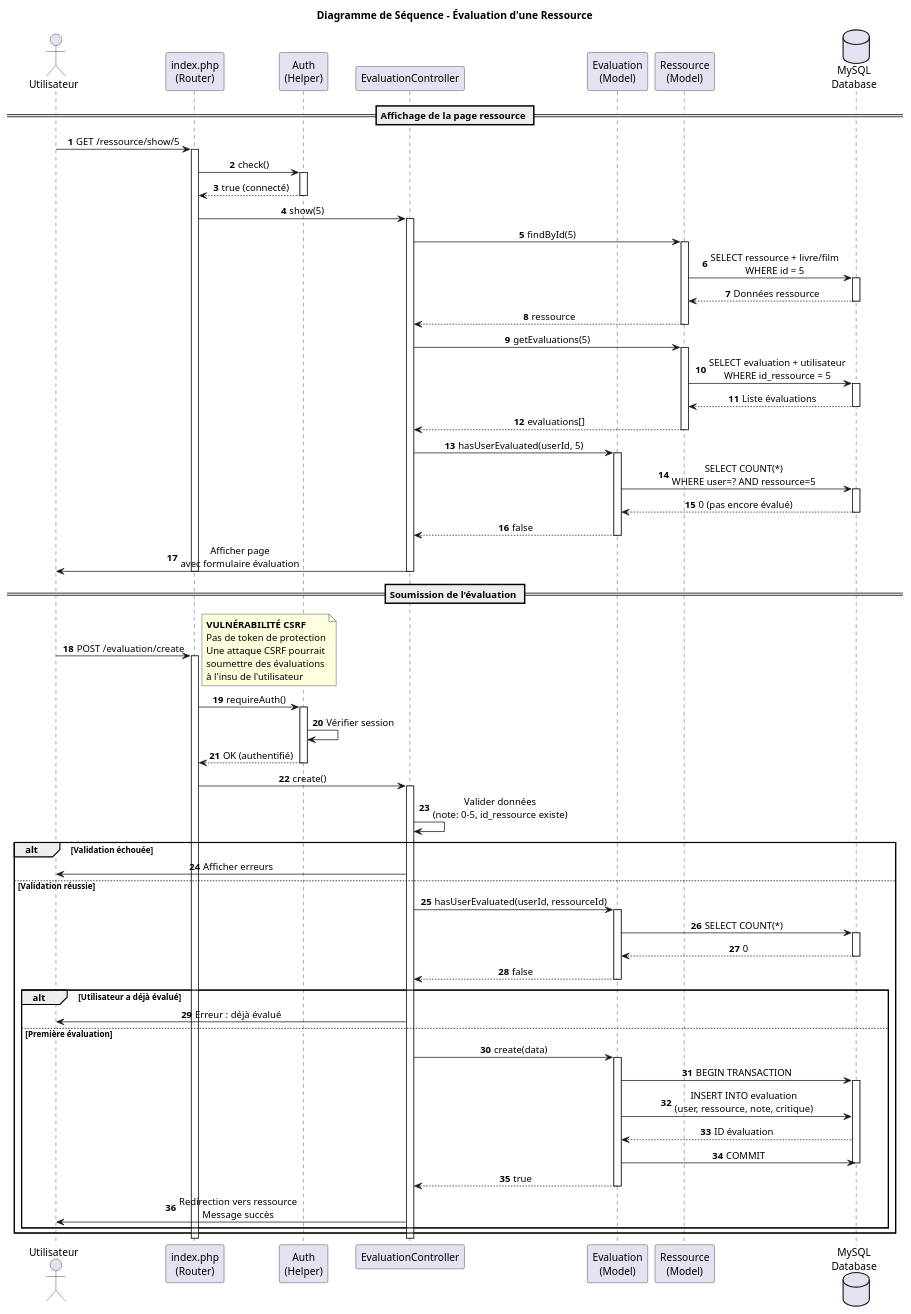
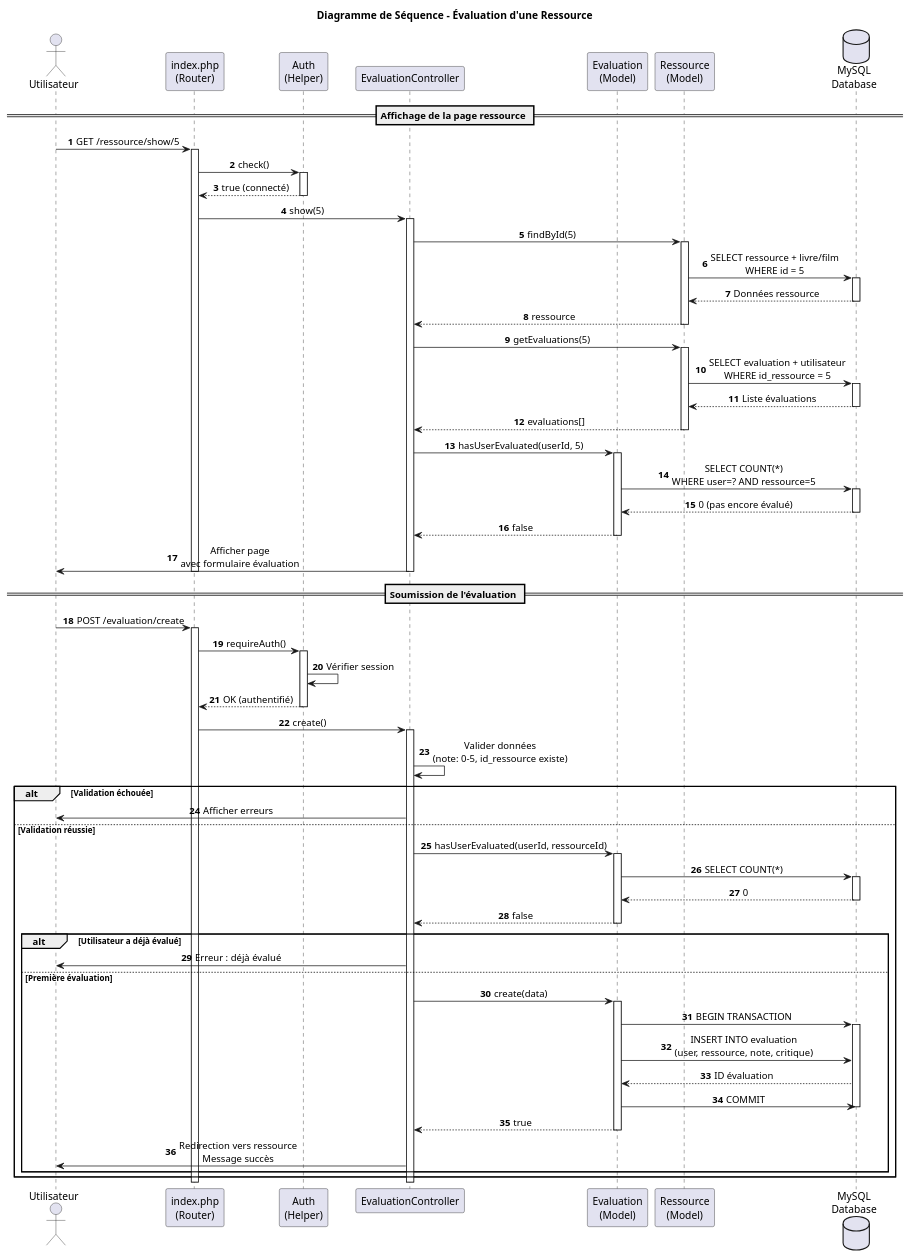
One commit to MGio12/mediatheque changed the diagram in documentation/diagrammes/04-sequence-evaluation.puml. Above: the diagram before and after it, drawn with PlantUML. The commit also changed 17 other files, not shown here.

Commit message:
perfectionnement des diagrammes

```diff
--- a/documentation/diagrammes/04-sequence-evaluation.puml
+++ b/documentation/diagrammes/04-sequence-evaluation.puml
@@ -1,121 +1,114 @@
 @startuml Sequence Diagram - Évaluation
 
 ' Configuration
 skinparam sequenceMessageAlign center
+skinparam responseMessageBelowArrow true
 autonumber
 
 title Diagramme de Séquence - Évaluation d'une Ressource
 
 actor Utilisateur as user
 participant "index.php\n(Router)" as router
 participant "Auth\n(Helper)" as auth
 participant EvaluationController as controller
 participant "Evaluation\n(Model)" as evalModel
 participant "Ressource\n(Model)" as ressModel
 database "MySQL\nDatabase" as db
 
 == Affichage de la page ressource ==
 user -> router : GET /ressource/show/5
 activate router
 
 router -> auth : check()
 activate auth
 auth --> router : true (connecté)
 deactivate auth
 
 router -> controller : show(5)
 activate controller
 
 controller -> ressModel : findById(5)
 activate ressModel
 ressModel -> db : SELECT ressource + livre/film\nWHERE id = 5
 activate db
 db --> ressModel : Données ressource
 deactivate db
 ressModel --> controller : ressource
 deactivate ressModel
 
 controller -> ressModel : getEvaluations(5)
 activate ressModel
 ressModel -> db : SELECT evaluation + utilisateur\nWHERE id_ressource = 5
 activate db
 db --> ressModel : Liste évaluations
 deactivate db
 ressModel --> controller : evaluations[]
 deactivate ressModel
 
 controller -> evalModel : hasUserEvaluated(userId, 5)
 activate evalModel
 evalModel -> db : SELECT COUNT(*)\nWHERE user=? AND ressource=5
 activate db
 db --> evalModel : 0 (pas encore évalué)
 deactivate db
 evalModel --> controller : false
 deactivate evalModel
 
 controller -> user : Afficher page\navec formulaire évaluation
 deactivate controller
 deactivate router
 
 == Soumission de l'évaluation ==
 user -> router : POST /evaluation/create
 activate router
 
-note right
-  **VULNÉRABILITÉ CSRF**
-  Pas de token de protection
-  Une attaque CSRF pourrait
-  soumettre des évaluations
-  à l'insu de l'utilisateur
-end note
-
 router -> auth : requireAuth()
 activate auth
 auth -> auth : Vérifier session
 auth --> router : OK (authentifié)
 deactivate auth
 
 router -> controller : create()
 activate controller
 
 controller -> controller : Valider données\n(note: 0-5, id_ressource existe)
 
 alt Validation échouée
   controller -> user : Afficher erreurs
 else Validation réussie
 
   controller -> evalModel : hasUserEvaluated(userId, ressourceId)
   activate evalModel
   evalModel -> db : SELECT COUNT(*)
   activate db
   db --> evalModel : 0
   deactivate db
   evalModel --> controller : false
   deactivate evalModel
 
   alt Utilisateur a déjà évalué
     controller -> user : Erreur : déjà évalué
   else Première évaluation
     controller -> evalModel : create(data)
     activate evalModel
 
     evalModel -> db : BEGIN TRANSACTION
     activate db
 
     evalModel -> db : INSERT INTO evaluation\n(user, ressource, note, critique)
     db --> evalModel : ID évaluation
 
     evalModel -> db : COMMIT
     deactivate db
 
     evalModel --> controller : true
     deactivate evalModel
 
     controller -> user : Redirection vers ressource\nMessage succès
   end
 end
 
 deactivate controller
 deactivate router
 
 @enduml
```
